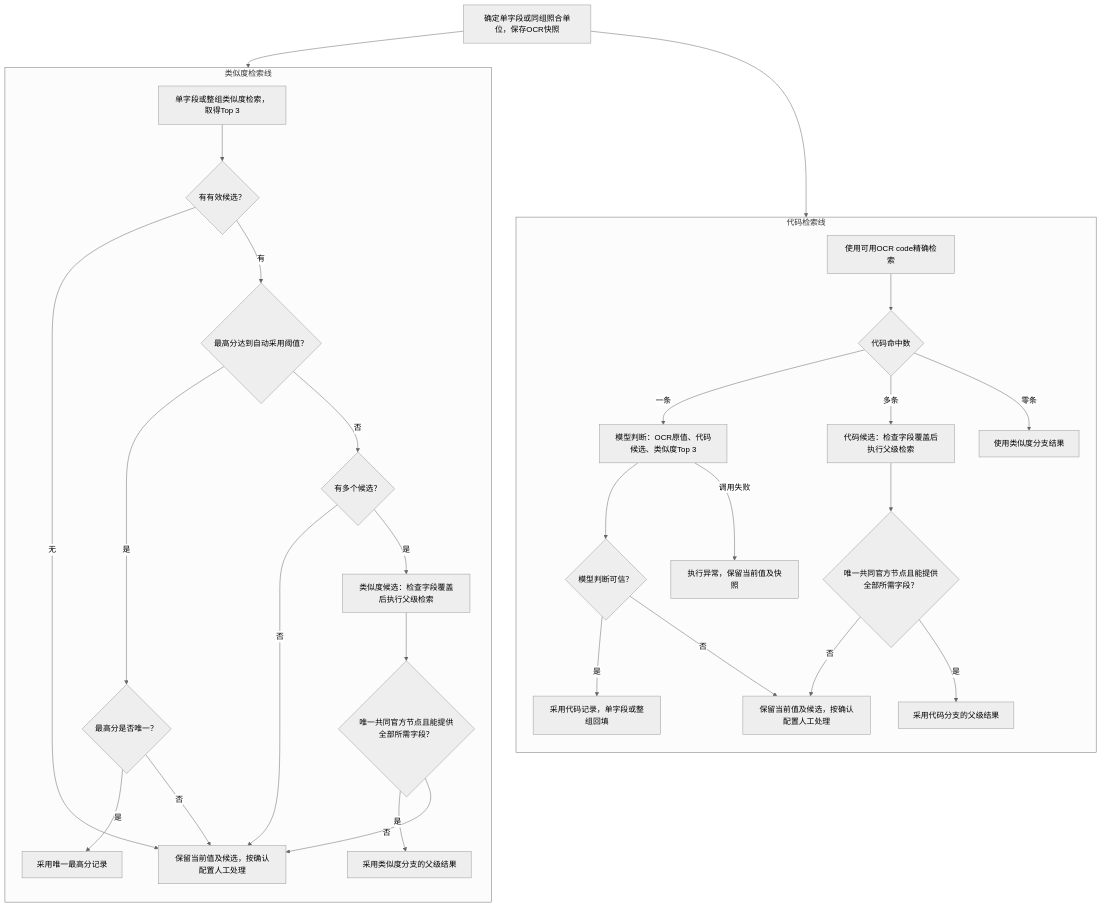
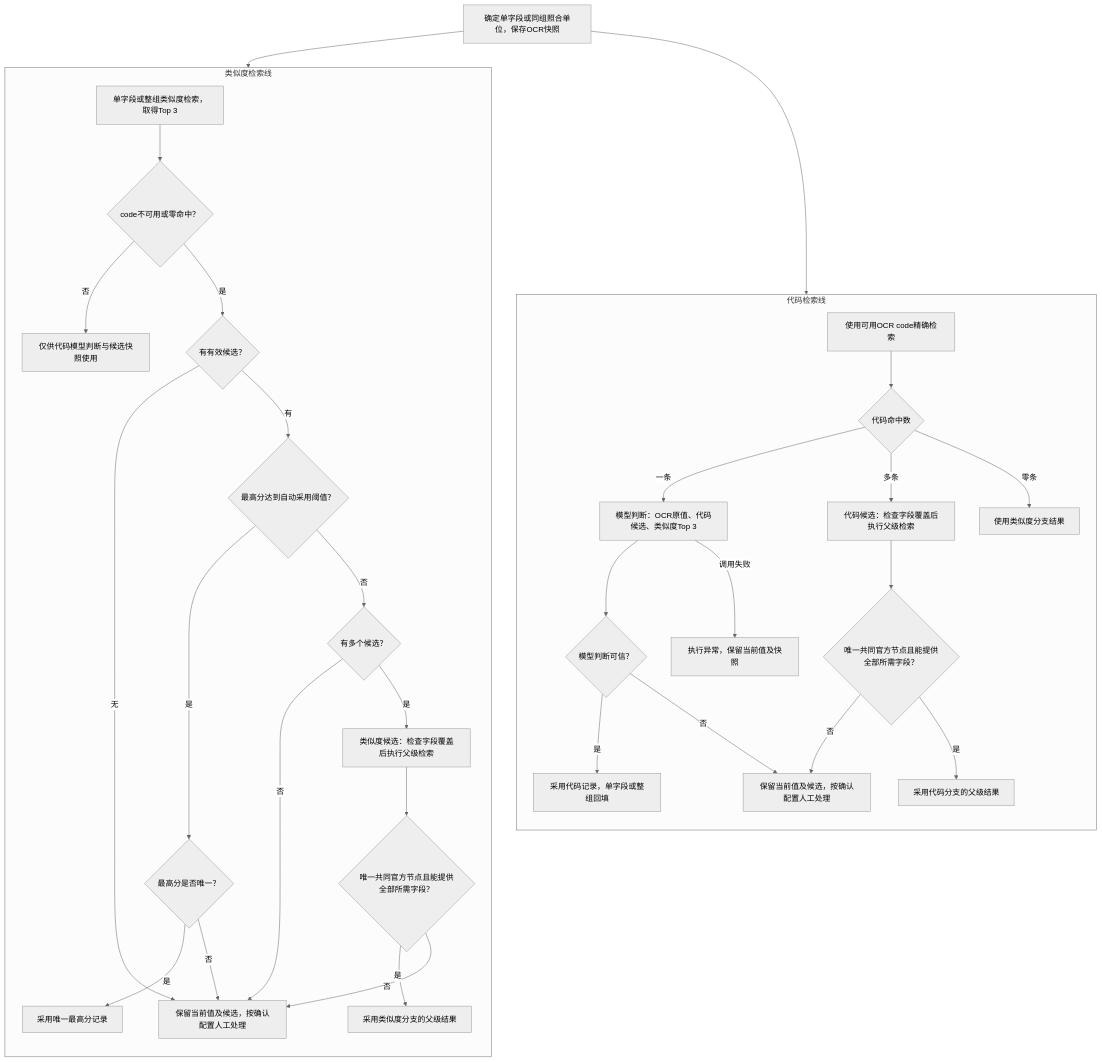
One commit to aruirage/IDP-Ph3-Demo-PRD changed the fourth of 6 diagrams in PRD.zh-CN.md. Above: the diagram before and after it, drawn with Mermaid (neutral theme). The commit also changed other lines of this file, not shown here.

````diff
--- a/PRD.zh-CN.md
+++ b/PRD.zh-CN.md
@@ -547,34 +547,36 @@
 ```mermaid
 flowchart TB
     A["确定单字段或同组照合单位，保存OCR快照"] --> C0
     A --> S0
     subgraph CODE["代码检索线"]
       direction TB
       C0["使用可用OCR code精确检索"] --> C1{"代码命中数"}
       C1 -->|一条| CM["模型判断：OCR原值、代码候选、类似度Top 3"]
       CM --> CT{"模型判断可信？"}
       CT -->|是| CA["采用代码记录，单字段或整组回填"]
       CT -->|否| CR["保留当前值及候选，按确认配置人工处理"]
       CM -->|调用失败| CE["执行异常，保留当前值及快照"]
       C1 -->|多条| CP["代码候选：检查字段覆盖后执行父级检索"]
       CP --> CF{"唯一共同官方节点且能提供全部所需字段？"}
       CF -->|是| CPA["采用代码分支的父级结果"]
       CF -->|否| CR
       C1 -->|零条| CZ["使用类似度分支结果"]
     end
     subgraph SIM["类似度检索线"]
       direction TB
-      S0["单字段或整组类似度检索，取得Top 3"] --> S1{"有有效候选？"}
+      S0["单字段或整组类似度检索，取得Top 3"] --> SG{"code不可用或零命中？"}
+      SG -->|否| SS["仅供代码模型判断与候选快照使用"]
+      SG -->|是| S1{"有有效候选？"}
       S1 -->|无| SR["保留当前值及候选，按确认配置人工处理"]
       S1 -->|有| ST{"最高分达到自动采用阈值？"}
       ST -->|是| SU{"最高分是否唯一？"}
       SU -->|是| SA["采用唯一最高分记录"]
       SU -->|否| SR
       ST -->|否| SN{"有多个候选？"}
       SN -->|否| SR
       SN -->|是| SP["类似度候选：检查字段覆盖后执行父级检索"]
       SP --> SF{"唯一共同官方节点且能提供全部所需字段？"}
       SF -->|是| SPA["采用类似度分支的父级结果"]
       SF -->|否| SR
     end
 ```
````
